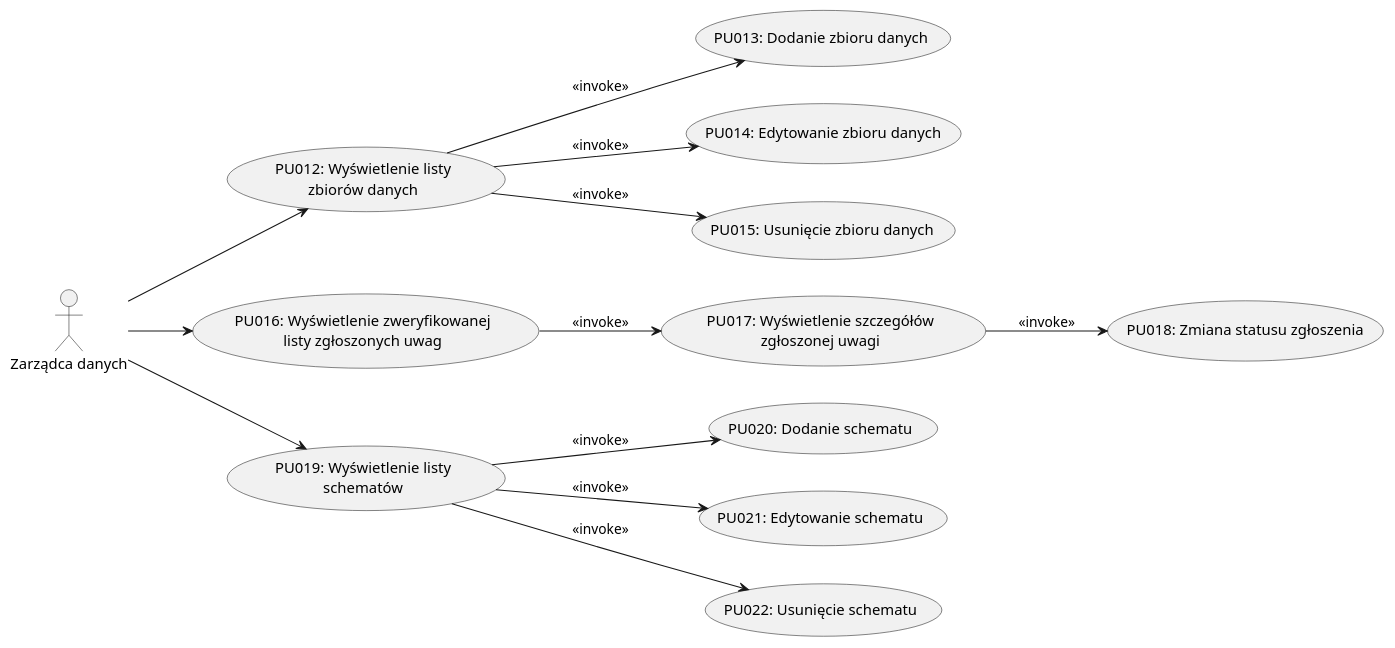
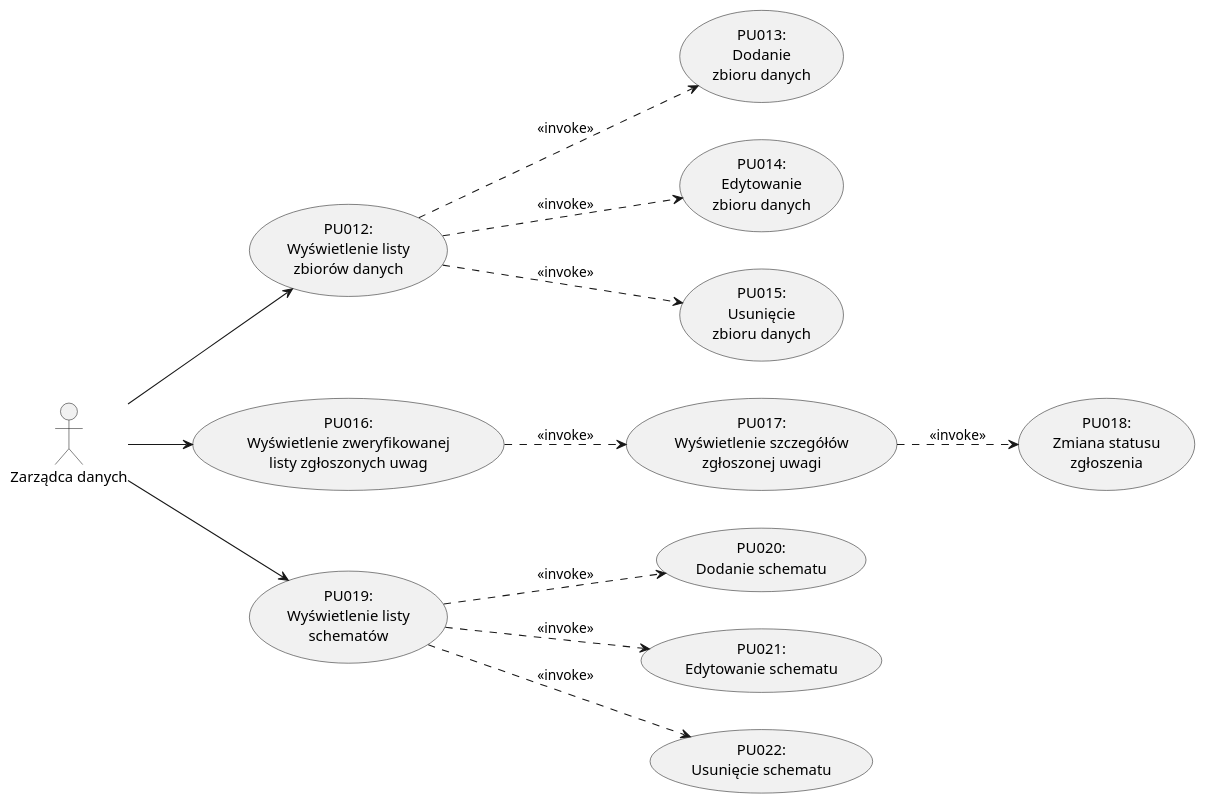
The diagram in 4. Diagramy Przypadkow/ZarzadcaDanych.puml (kokolodziejska/IWO), drawn with PlantUML before and after one commit. The commit also changed 6 other files, not shown here.

```diff
--- a/4. Diagramy Przypadkow/ZarzadcaDanych.puml
+++ b/4. Diagramy Przypadkow/ZarzadcaDanych.puml
@@ -1,35 +1,35 @@
 @startuml ZarzadcaDanych
 
 left to right direction
 
 actor "Zarządca danych" as Admin
 
-usecase "PU012: Wyświetlenie listy\nzbiorów danych" as PU012
-usecase "PU013: Dodanie zbioru danych" as PU013
-usecase "PU014: Edytowanie zbioru danych" as PU014
-usecase "PU015: Usunięcie zbioru danych" as PU015
+usecase "PU012:\nWyświetlenie listy\nzbiorów danych" as PU012
+usecase "PU013:\nDodanie\nzbioru danych" as PU013
+usecase "PU014:\nEdytowanie\nzbioru danych" as PU014
+usecase "PU015:\nUsunięcie\nzbioru danych" as PU015
 
-usecase "PU016: Wyświetlenie zweryfikowanej\nlisty zgłoszonych uwag" as PU016
-usecase "PU017: Wyświetlenie szczegółów\nzgłoszonej uwagi" as PU017
-usecase "PU018: Zmiana statusu zgłoszenia" as PU018
+usecase "PU016:\nWyświetlenie zweryfikowanej\nlisty zgłoszonych uwag" as PU016
+usecase "PU017:\nWyświetlenie szczegółów\nzgłoszonej uwagi" as PU017
+usecase "PU018:\nZmiana statusu\nzgłoszenia" as PU018
 
-usecase "PU019: Wyświetlenie listy\nschematów" as PU019
-usecase "PU020: Dodanie schematu" as PU020
-usecase "PU021: Edytowanie schematu" as PU021
-usecase "PU022: Usunięcie schematu" as PU022
+usecase "PU019:\nWyświetlenie listy\nschematów" as PU019
+usecase "PU020:\nDodanie schematu" as PU020
+usecase "PU021:\nEdytowanie schematu" as PU021
+usecase "PU022:\nUsunięcie schematu" as PU022
 
 Admin --> PU012
-PU012 --> PU013 : <<invoke>>
-PU012 --> PU014 : <<invoke>>
-PU012 --> PU015 : <<invoke>>
+PU012 ..> PU013 : <<invoke>>
+PU012 ..> PU014 : <<invoke>>
+PU012 ..> PU015 : <<invoke>>
 
 Admin --> PU016
-PU016 --> PU017 : <<invoke>>
-PU017 --> PU018 : <<invoke>>
+PU016 ..> PU017 : <<invoke>>
+PU017 ..> PU018 : <<invoke>>
 
 Admin --> PU019
-PU019 --> PU020 : <<invoke>>
-PU019 --> PU021 : <<invoke>>
-PU019 --> PU022 : <<invoke>>
+PU019 ..> PU020 : <<invoke>>
+PU019 ..> PU021 : <<invoke>>
+PU019 ..> PU022 : <<invoke>>
 
 @enduml
```
